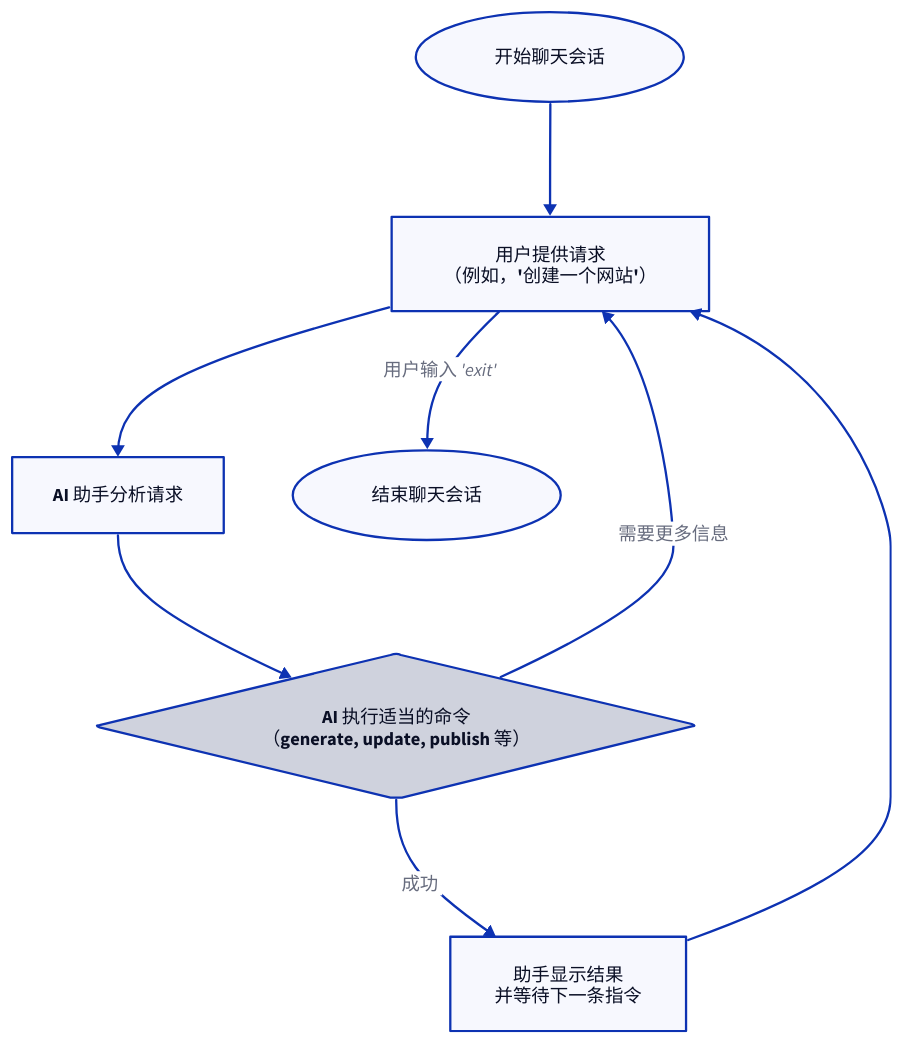
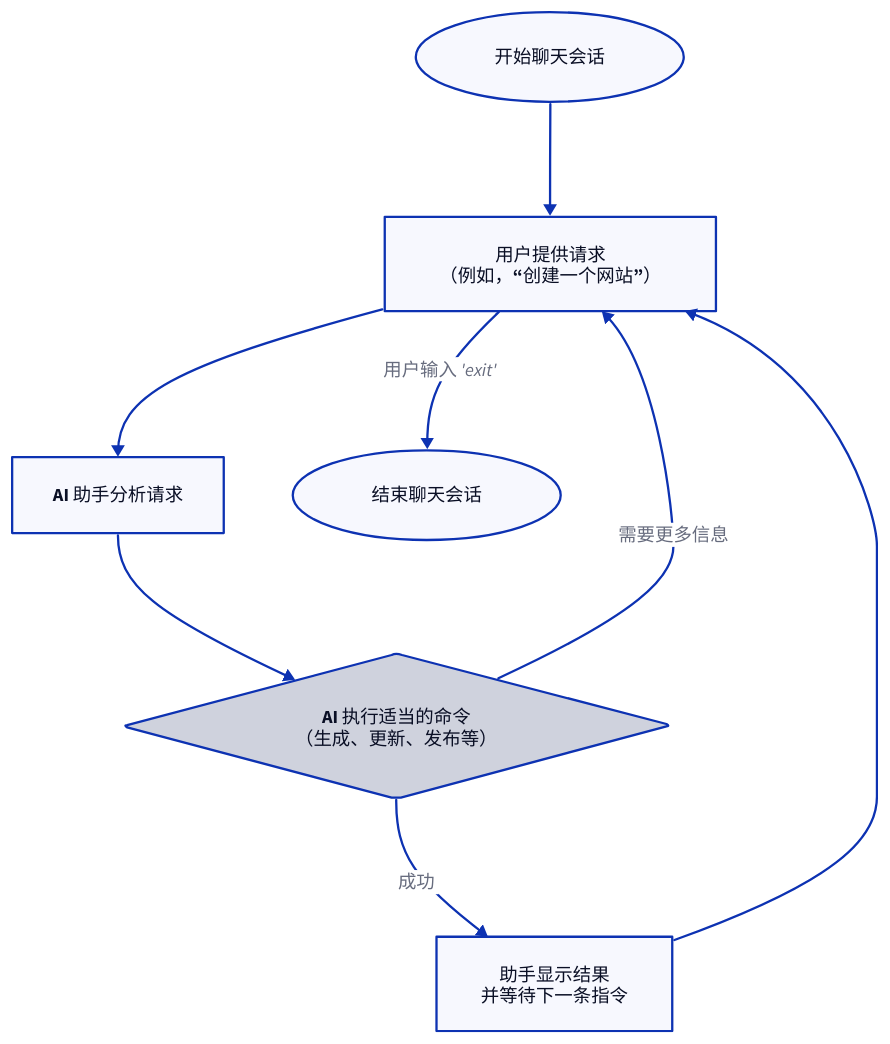
The diagram in .aigne/doc-smith/docs/core-tasks-using-the-interactive-chat.zh.md (AIGNE-io/aigne-web-smith), drawn with D2 before and after one commit. The commit also changed other lines of this file and 102 other files, not shown here.

````diff
--- a/.aigne/doc-smith/docs/core-tasks-using-the-interactive-chat.zh.md
+++ b/.aigne/doc-smith/docs/core-tasks-using-the-interactive-chat.zh.md
@@ -11,38 +13,38 @@
 ```d2
 direction: down
 
 start: {
   label: "开始聊天会话"
   shape: oval
 }
 
 user_input: {
-  label: "用户提供请求\n（例如，'创建一个网站'）"
+  label: "用户提供请求\n（例如，“创建一个网站”）"
 }
 
 ai_process: {
   label: "AI 助手分析请求"
 }
 
 execute_task: {
-  label: "AI 执行适当的命令\n（generate, update, publish 等）"
+  label: "AI 执行适当的命令\n（生成、更新、发布等）"
   shape: diamond
 }
 
 show_result: {
   label: "助手显示结果\n并等待下一条指令"
 }
 
 end: {
   label: "结束聊天会话"
   shape: oval
 }
 
 start -> user_input
 user_input -> ai_process
 ai_process -> execute_task
 execute_task -> show_result: "成功"
 show_result -> user_input
 execute_task -> user_input: "需要更多信息"
 user_input -> end: "用户输入 'exit'"
 ```
````
